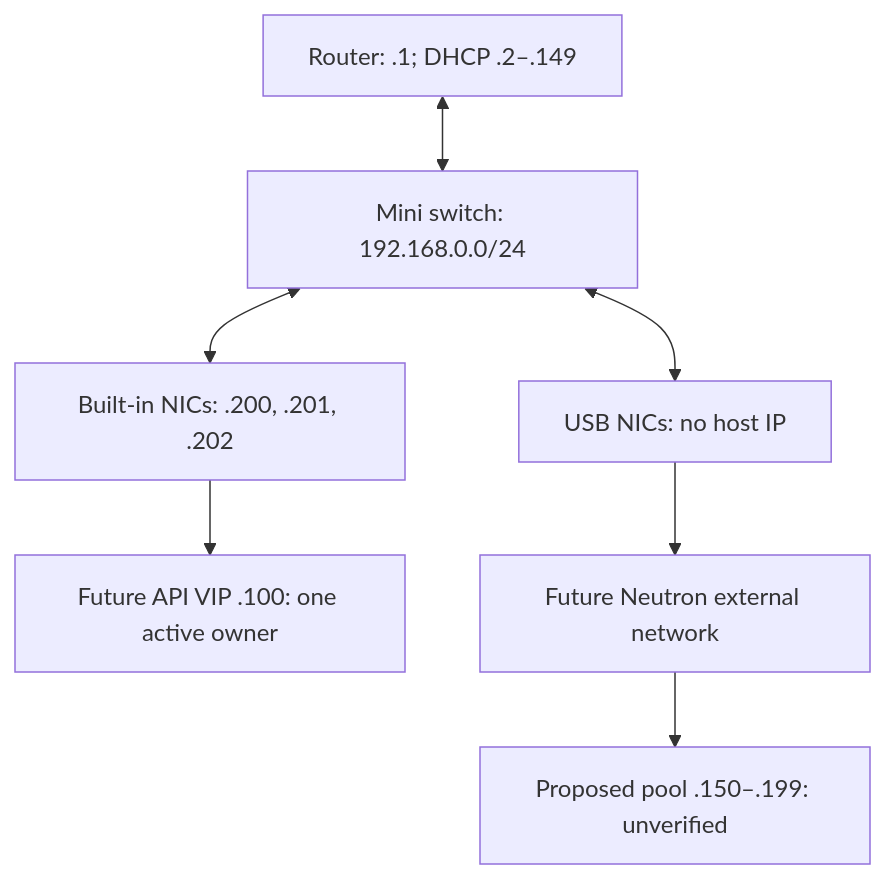
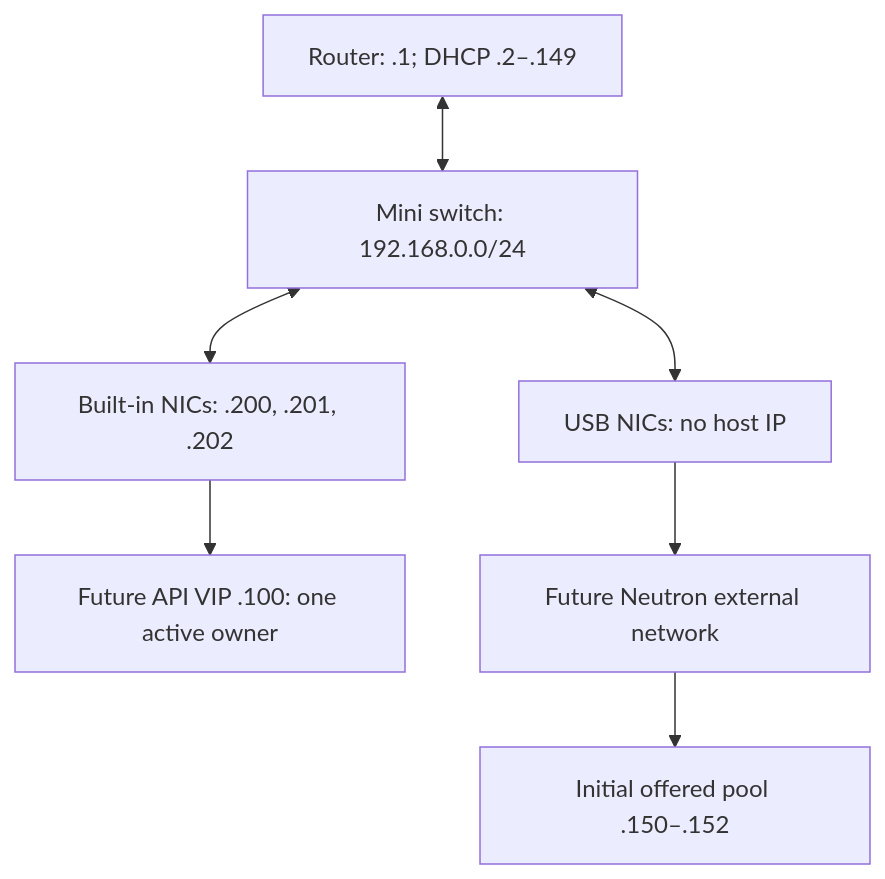
Before and after one commit to DinosaurKeys/openstack-iac-lab: the third of 3 diagrams in docs/00-hermes-codex-and-node-reset.md, drawn with Mermaid. The commit also changed other lines of this file and 5 other files, not shown here.

````diff
--- a/docs/00-hermes-codex-and-node-reset.md
+++ b/docs/00-hermes-codex-and-node-reset.md
@@ -600,9 +600,9 @@
 ```mermaid
 flowchart TD
     R["Router: .1; DHCP .2–.149"] <--> S["Mini switch: 192.168.0.0/24"]
     S <--> M["Built-in NICs: .200, .201, .202"]
     S <--> U["USB NICs: no host IP"]
     M --> V["Future API VIP .100: one active owner"]
     U --> N["Future Neutron external network"]
-    N --> P["Proposed pool .150–.199: unverified"]
+    N --> P["Initial offered pool .150–.152"]
 ```
````
